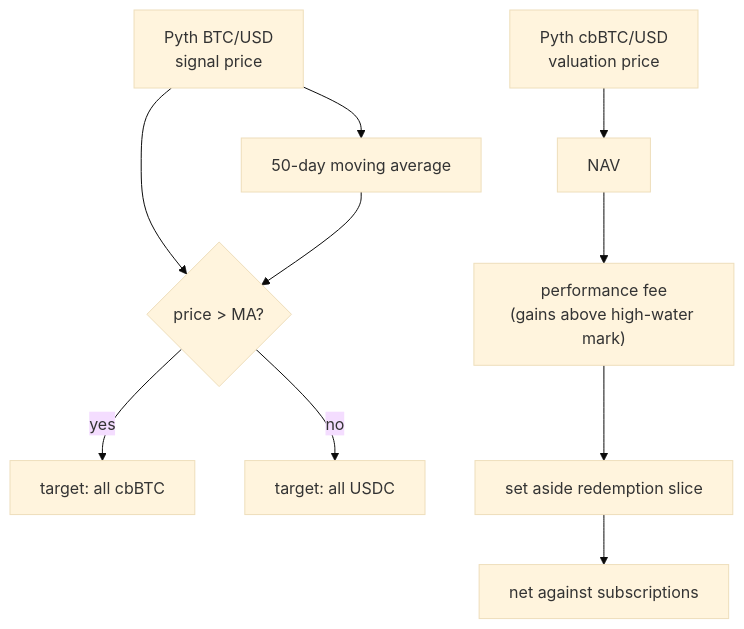
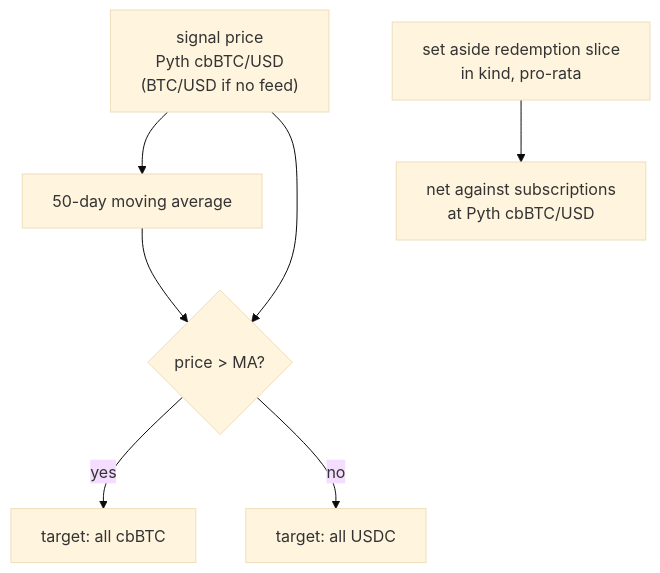
Before and after one commit to 0xnex/tide: the second of 14 diagrams in README.md, drawn with Mermaid (base theme). The commit also changed other lines of this file and 8 other files, not shown here.

First line of the commit message:
docs: execution-based shares, cbBTC signal, 1% withdrawal fee

````diff
--- a/README.md
+++ b/README.md
@@ -44,12 +44,9 @@
 ```mermaid
 flowchart TD
-  BTC["Pyth BTC/USD<br/>signal price"] --> MA["50-day moving average"]
-  BTC --> SIG{"price > MA?"}
+  SP["signal price<br/>Pyth cbBTC/USD<br/>(BTC/USD if no feed)"] --> MA["50-day moving average"]
+  SP --> SIG{"price > MA?"}
   MA --> SIG
   SIG -- yes --> T1["target: all cbBTC"]
   SIG -- no --> T2["target: all USDC"]
-  CB["Pyth cbBTC/USD<br/>valuation price"] --> NAV["NAV"]
-  NAV --> FEE["performance fee<br/>(gains above high-water mark)"]
-  FEE --> SL["set aside redemption slice"]
-  SL --> NET["net against subscriptions"]
+  SL["set aside redemption slice<br/>in kind, pro-rata"] --> NET["net against subscriptions<br/>at Pyth cbBTC/USD"]
 ```
````
